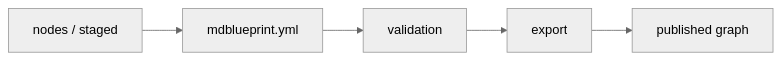
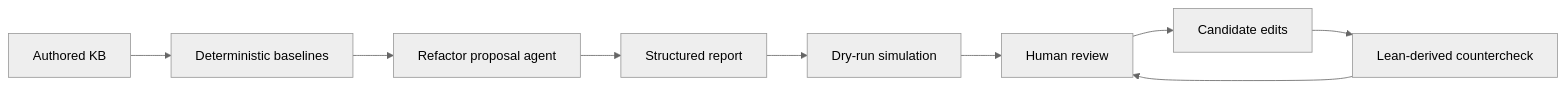
One commit to danielnyan/mdblueprint changed the first of 3 diagrams in slides.md. Above: the diagram before and after it, drawn with Mermaid (neutral theme). The commit also changed other lines of this file, not shown here.

````diff
--- a/slides.md
+++ b/slides.md
@@ -52,7 +108,11 @@
 ```mermaid
 flowchart LR
-  A[nodes / staged] --> B[mdblueprint.yml]
-  B --> C[validation]
-  C --> D[export]
-  D --> E[published graph]
+  A[Authored KB] --> B[Deterministic baselines]
+  B --> C[Refactor proposal agent]
+  C --> D[Structured report]
+  D --> E[Dry-run simulation]
+  E --> F[Human review]
+  F --> G[Candidate edits]
+  G --> H[Lean-derived countercheck]
+  H --> F
 ```
````
